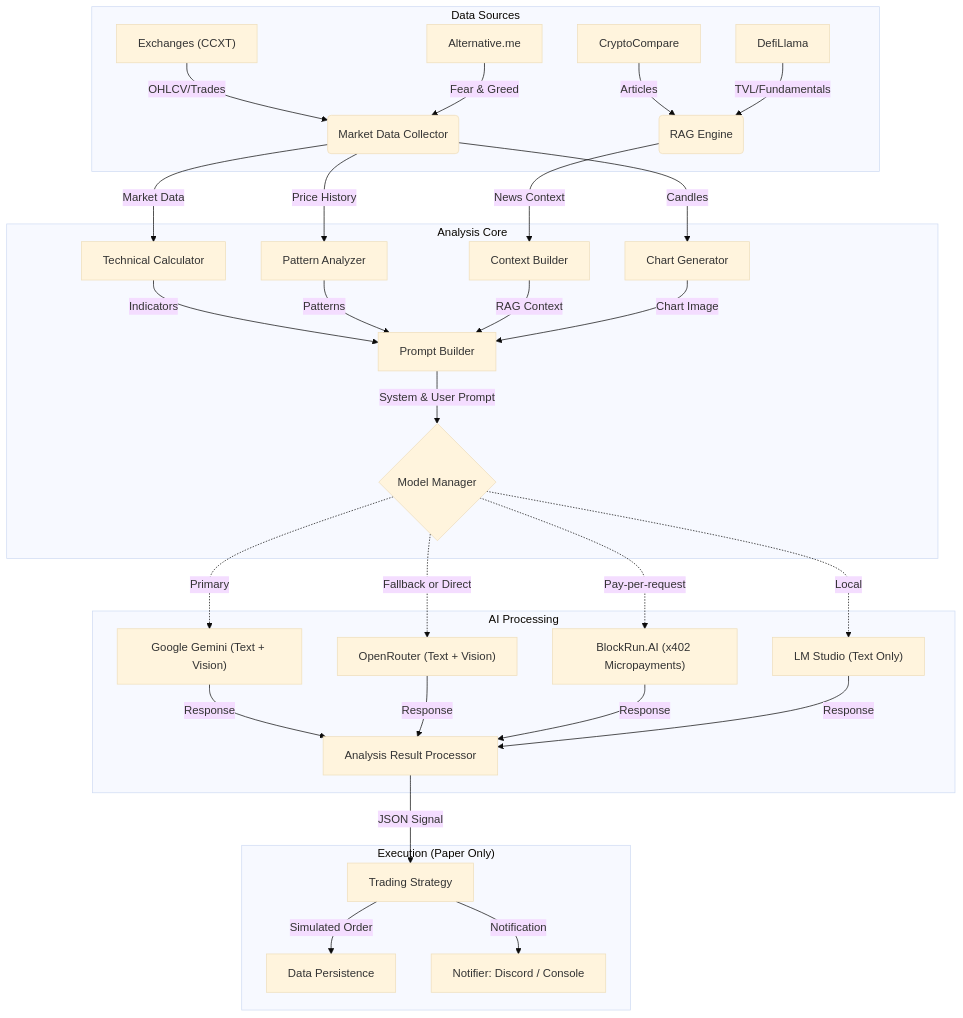
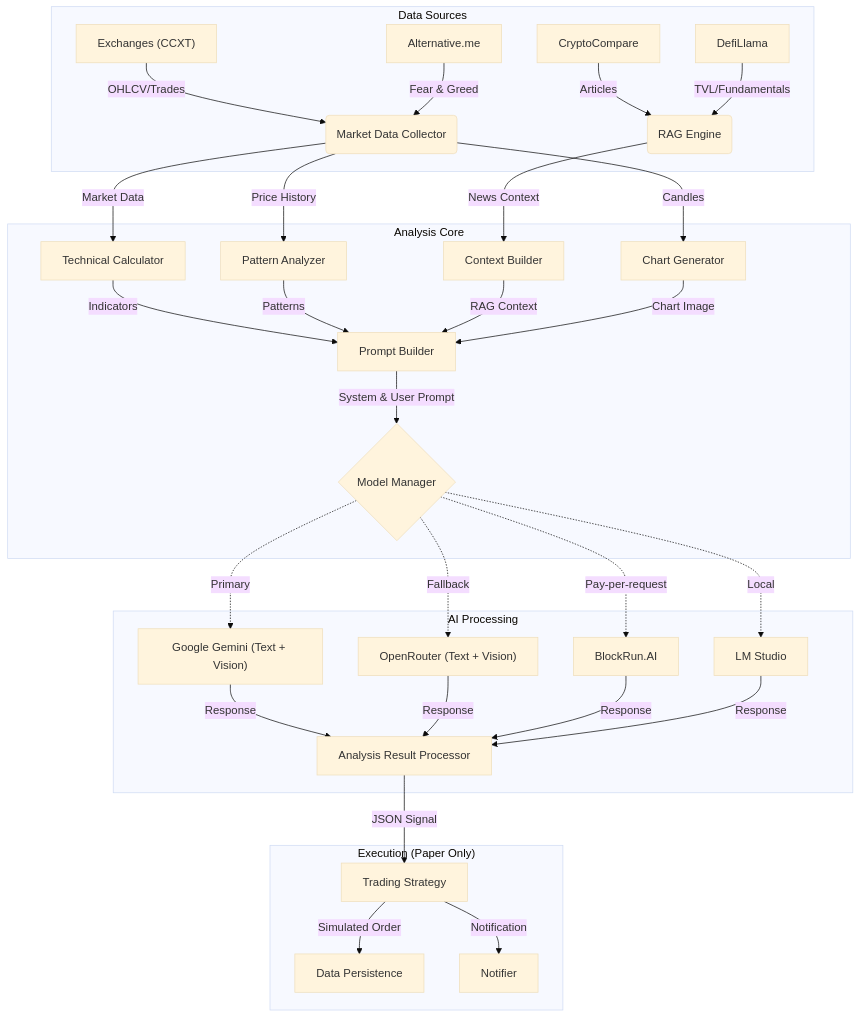
Before and after one commit to qrak/LLM_trader: the diagram in README.md, drawn with Mermaid (base theme). The commit also changed other lines of this file and 157 other files, not shown here.

````diff
--- a/README.md
+++ b/README.md
@@ -22,44 +146,44 @@
 ```mermaid
 graph TD
     subgraph Data Sources
         Ex["Exchanges (CCXT)"] --> |OHLCV/Trades| DC(Market Data Collector)
         News[CryptoCompare] --> |Articles| RAG(RAG Engine)
         Sent[Alternative.me] --> |Fear & Greed| DC
         DeFi[DefiLlama] --> |TVL/Fundamentals| RAG
     end
 
     subgraph Analysis Core
         DC --> |Market Data| TC[Technical Calculator]
         DC --> |Price History| PA[Pattern Analyzer]
         DC --> |Candles| CG[Chart Generator]
         
         RAG --> |News Context| CB[Context Builder]
         
         %% Orchestration / Assembly
         TC --> |Indicators| PB[Prompt Builder]
         PA --> |Patterns| PB
         CB --> |RAG Context| PB
         CG --> |Chart Image| PB
         
         PB --> |System & User Prompt| MM{Model Manager}
     end
 
     subgraph AI Processing
         %% Provider Selection Logic (Sequential / Fallback)
         MM -.-> |Primary| Google["Google Gemini (Text + Vision)"]
-        MM -.-> |Fallback or Direct| OR["OpenRouter (Text + Vision)"]
-        MM -.-> |Pay-per-request| BR["BlockRun.AI (x402 Micropayments)"]
-        MM -.-> |Local| Local["LM Studio (Text Only)"]
+        MM -.-> |Fallback| OR["OpenRouter (Text + Vision)"]
+        MM -.-> |Pay-per-request| BR["BlockRun.AI"]
+        MM -.-> |Local| Local["LM Studio"]
         
         Google --> |Response| ARP[Analysis Result Processor]
         OR --> |Response| ARP
         BR --> |Response| ARP
         Local --> |Response| ARP
     end
 
     subgraph Execution ["Execution (Paper Only)"]
         ARP --> |JSON Signal| TS[Trading Strategy]
         TS --> |Simulated Order| DP[Data Persistence]
-        TS --> |Notification| DN["Notifier: Discord / Console"]
+        TS --> |Notification| DN["Notifier"]
     end
 ```
````
